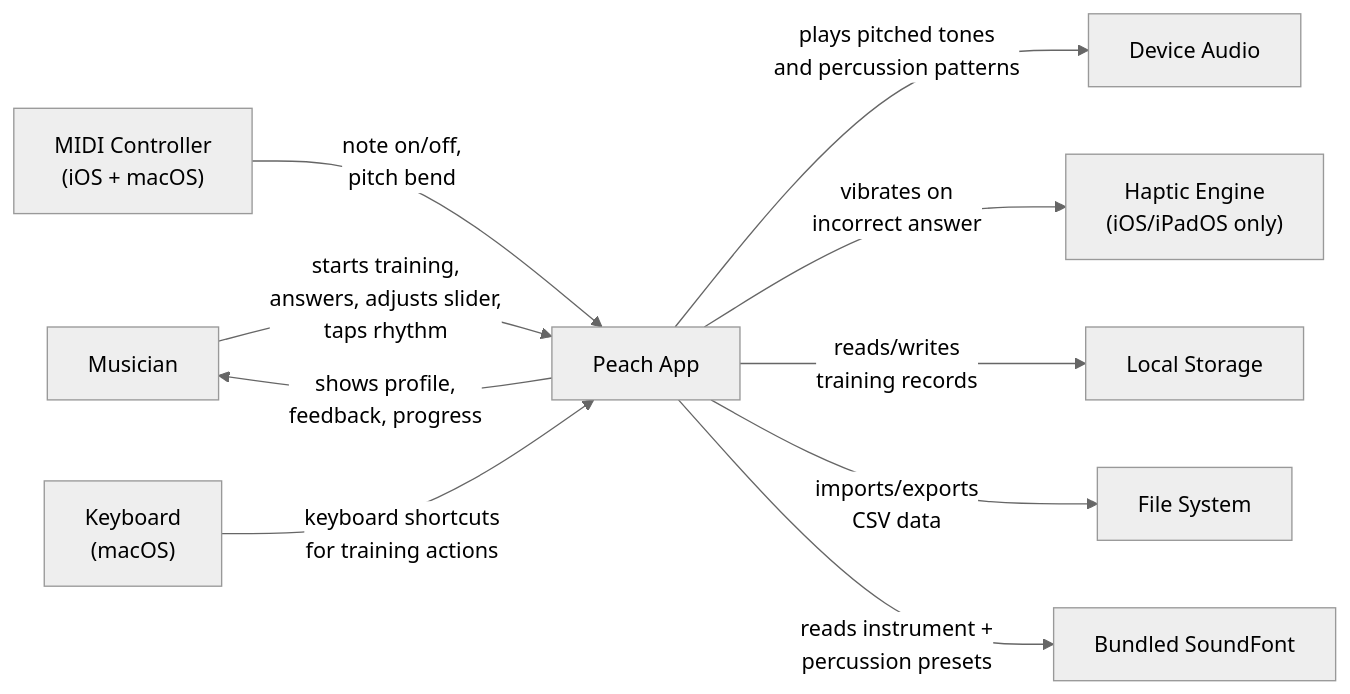
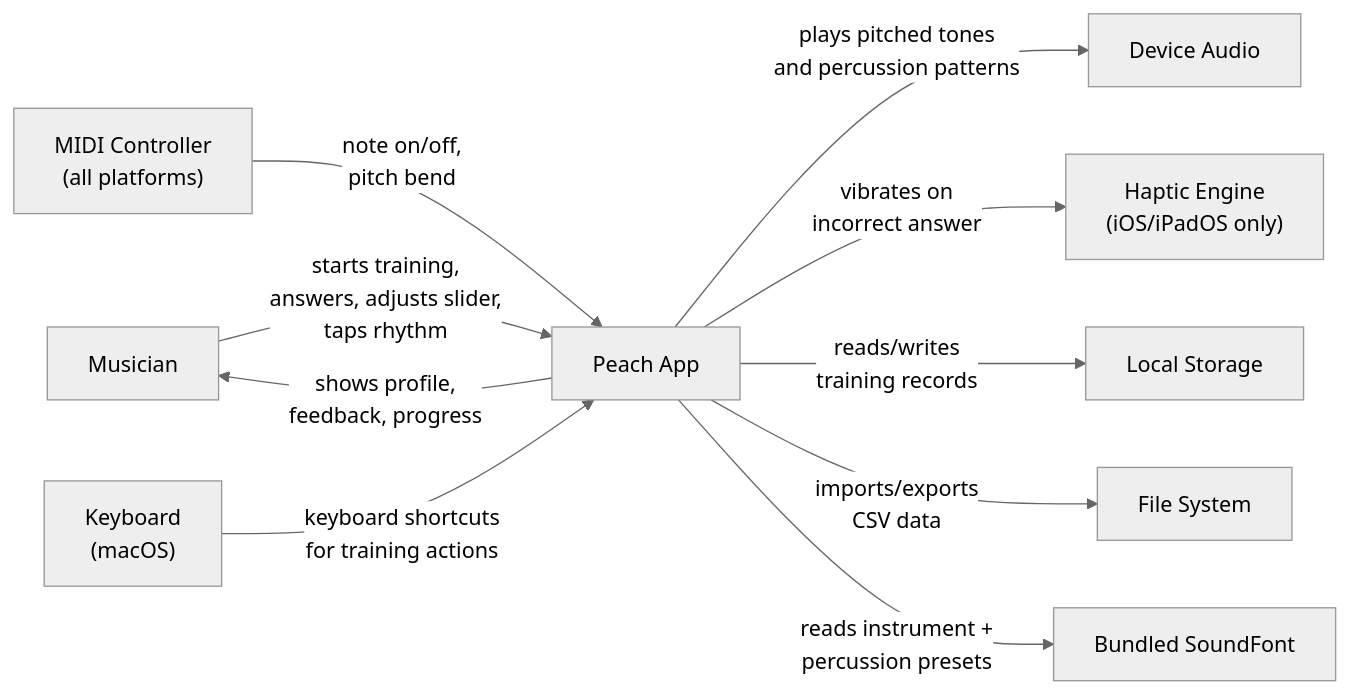
Before and after one commit to mschuerig/peach-ios: the first of 11 diagrams in docs/arc42.md, drawn with Mermaid (neutral theme). The commit also changed other lines of this file and 7 other files, not shown here.

````diff
--- a/docs/arc42.md
+++ b/docs/arc42.md
@@ -79,22 +79,22 @@
 ```mermaid
 graph LR
     User["Musician"]
     Peach["Peach App"]
     Audio["Device Audio"]
     Haptics["Haptic Engine<br/>(iOS/iPadOS only)"]
     Storage["Local Storage"]
     FS["File System"]
     SF2["Bundled SoundFont"]
-    MIDI["MIDI Controller<br/>(iOS + macOS)"]
+    MIDI["MIDI Controller<br/>(all platforms)"]
     KB["Keyboard<br/>(macOS)"]
 
     User -- "starts training,<br/>answers, adjusts slider,<br/>taps rhythm" --> Peach
     Peach -- "plays pitched tones<br/>and percussion patterns" --> Audio
     Peach -- "vibrates on<br/>incorrect answer" --> Haptics
     Peach -- "reads/writes<br/>training records" --> Storage
     Peach -- "imports/exports<br/>CSV data" --> FS
     Peach -- "reads instrument +<br/>percussion presets" --> SF2
     Peach -- "shows profile,<br/>feedback, progress" --> User
     MIDI -- "note on/off,<br/>pitch bend" --> Peach
     KB -- "keyboard shortcuts<br/>for training actions" --> Peach
 ```
````
